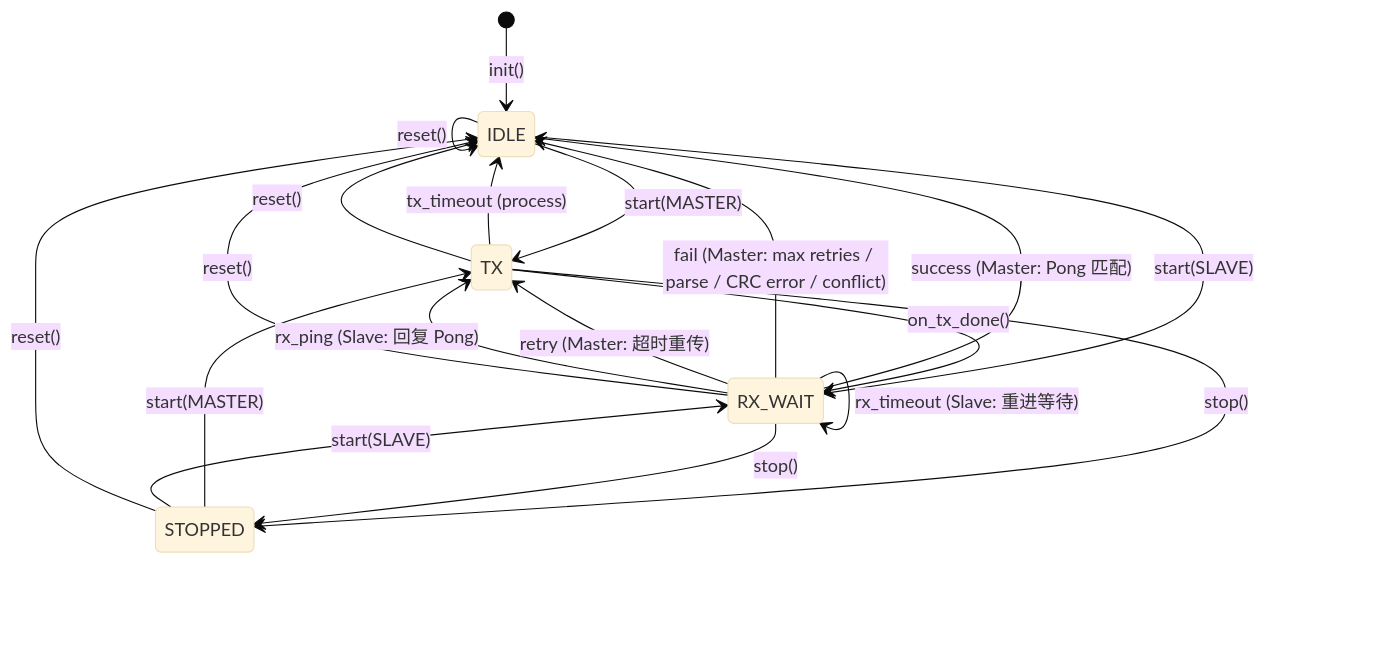
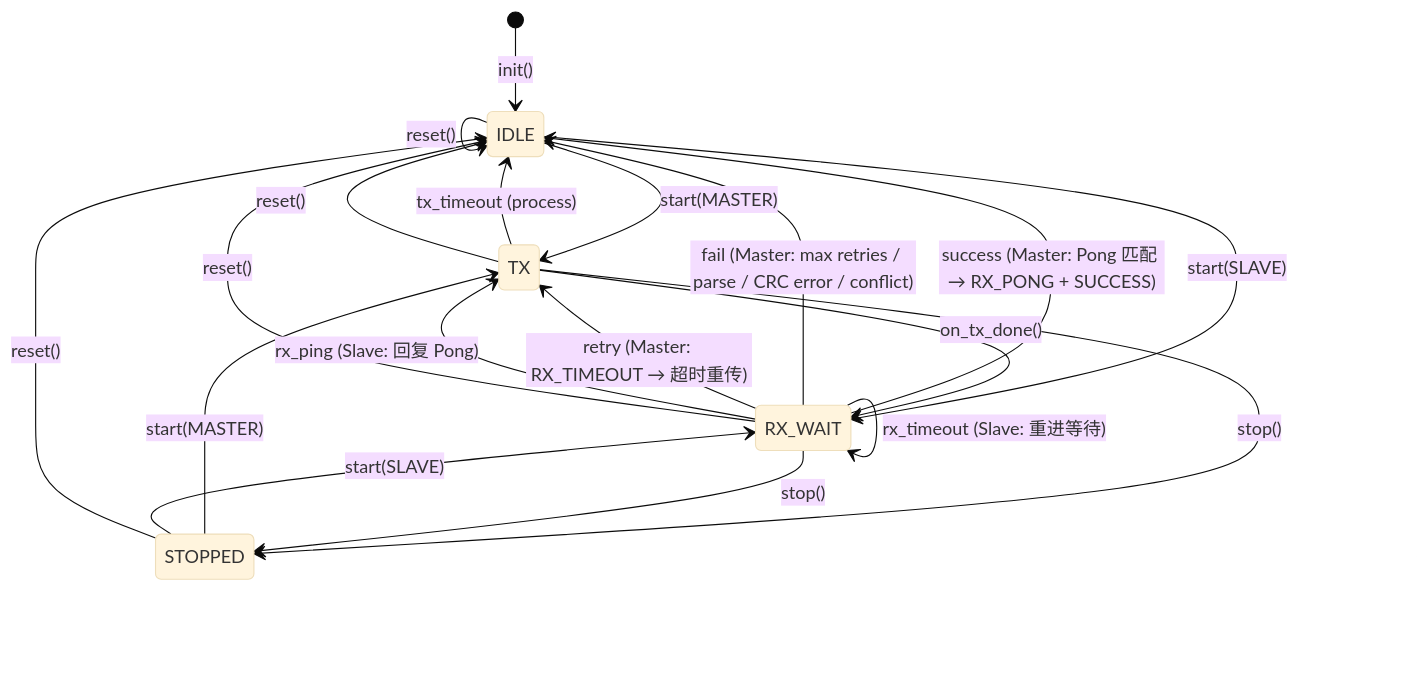
The diagram in src/README.md (Kunpeng-chen/PingPong), drawn with Mermaid (base theme) before and after one commit. The commit also changed other lines of this file and 9 other files, not shown here.

First line of the commit message:
feat: add RX_PONG for Master and generalize RX_TIMEOUT to both roles

````diff
--- a/src/README.md
+++ b/src/README.md
@@ -36,26 +36,26 @@
 ```mermaid
 stateDiagram-v2
     [*] --> IDLE : init()
 
     IDLE --> TX : start(MASTER)
     IDLE --> RX_WAIT : start(SLAVE)
 
     TX --> RX_WAIT : on_tx_done()
     TX --> IDLE : tx_timeout (process)
 
-    RX_WAIT --> IDLE : success (Master: Pong 匹配)
+    RX_WAIT --> IDLE : success (Master: Pong 匹配 → RX_PONG + SUCCESS)
     RX_WAIT --> IDLE : fail (Master: max retries / parse / CRC error / conflict)
-    RX_WAIT --> TX : retry (Master: 超时重传)
+    RX_WAIT --> TX : retry (Master: RX_TIMEOUT → 超时重传)
     RX_WAIT --> TX : rx_ping (Slave: 回复 Pong)
     RX_WAIT --> RX_WAIT : rx_timeout (Slave: 重进等待)
 
     TX --> STOPPED : stop()
     RX_WAIT --> STOPPED : stop()
     STOPPED --> TX : start(MASTER)
     STOPPED --> RX_WAIT : start(SLAVE)
 
     IDLE --> IDLE : reset()
     TX --> IDLE : reset()
     RX_WAIT --> IDLE : reset()
     STOPPED --> IDLE : reset()
 ```
````
